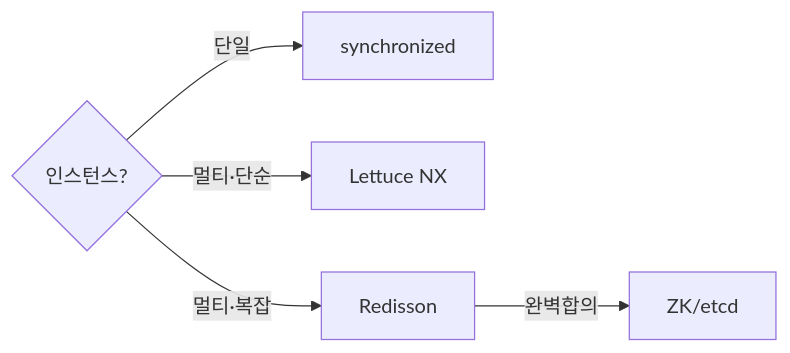
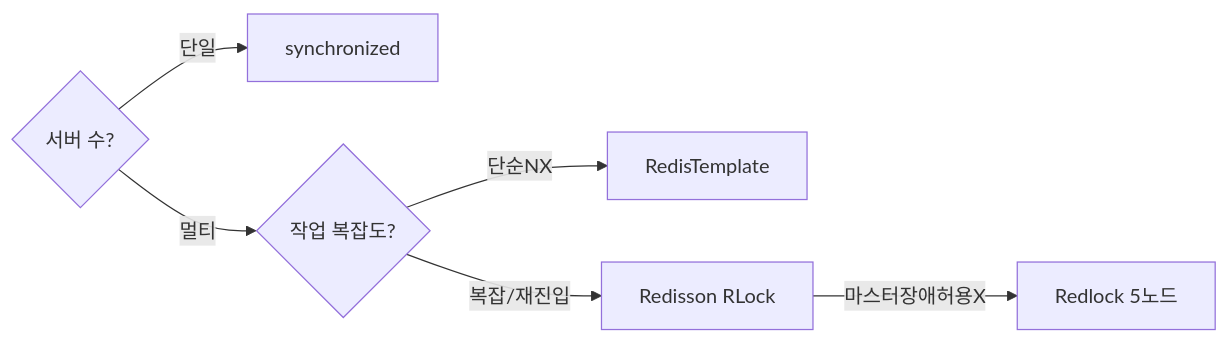
Before and after one commit to yjkim2015/yjkim2015.github.io: the fourth of 4 diagrams in _posts/redis/2026-05-01-redis-distributed-lock.md, drawn with Mermaid. The commit also changed other lines of this file and 4 other files, not shown here.

````diff
--- a/_posts/redis/2026-05-01-redis-distributed-lock.md
+++ b/_posts/redis/2026-05-01-redis-distributed-lock.md
@@ -1049,7 +1160,8 @@
 ```mermaid
 graph LR
-    Q{"인스턴스?"} -->|단일| S["synchronized"]
-    Q -->|멀티·단순| L["Lettuce NX"]
-    Q -->|멀티·복잡| R["Redisson"]
-    R -->|완벽합의| Z["ZK/etcd"]
+    Q{"서버 수?"} -->|단일| S["synchronized"]
+    Q -->|멀티| Q2{"작업 복잡도?"}
+    Q2 -->|단순NX| L["RedisTemplate"]
+    Q2 -->|복잡/재진입| R["Redisson RLock"]
+    R -->|마스터장애허용X| RL["Redlock 5노드"]
 ```
````
